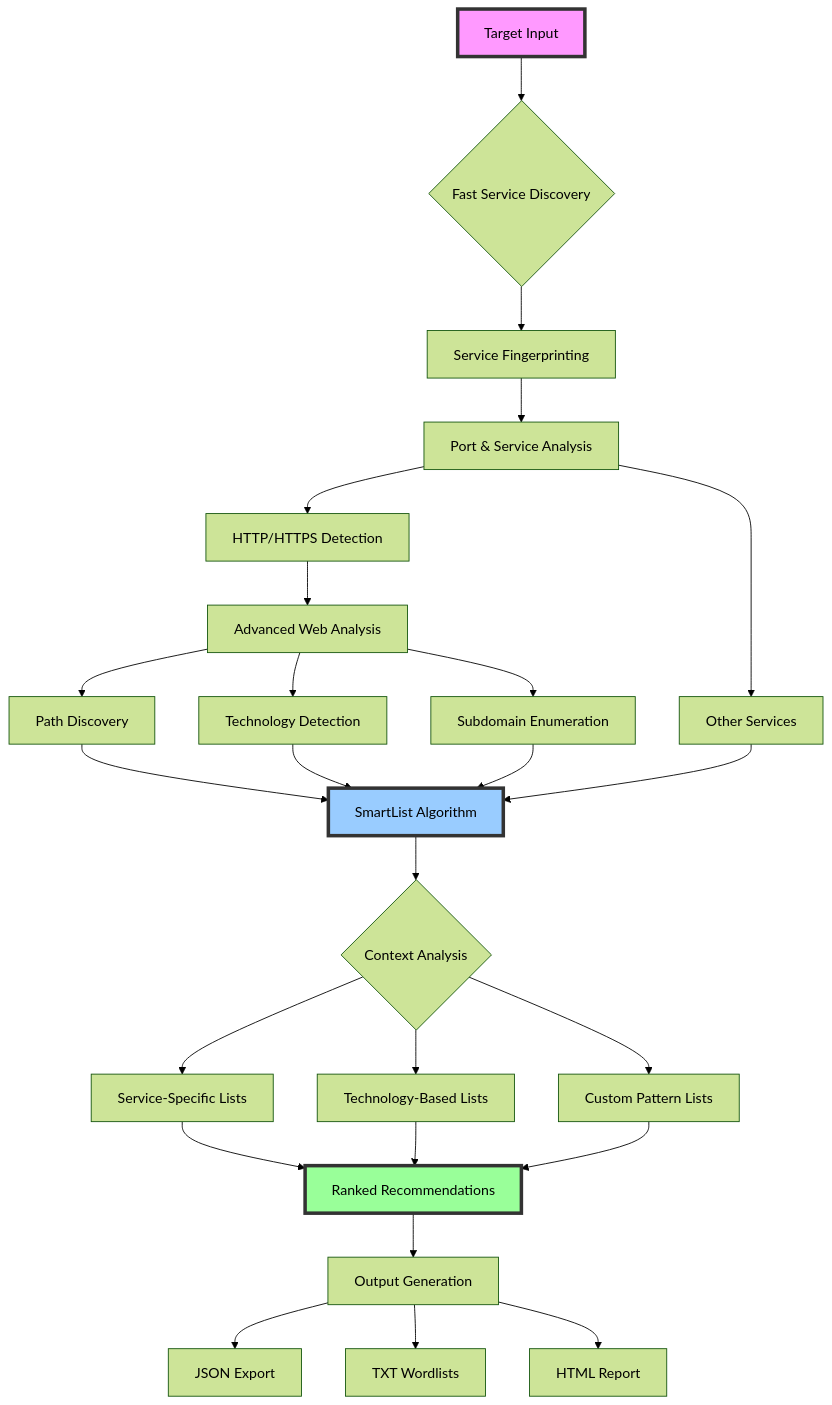
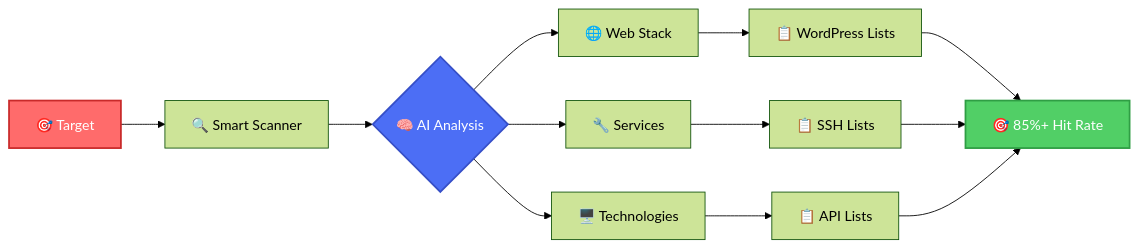
Before and after one commit to neur0map/ipcrawler: the diagram in README.md, drawn with Mermaid (forest theme). The commit also changed other lines of this file, not shown here.

````diff
--- a/README.md
+++ b/README.md
@@ -55,37 +112,18 @@
 ```mermaid
-graph TD
-    A[Target Input] --> B{Fast Service Discovery}
-    B --> C[Service Fingerprinting]
-    C --> D[Port & Service Analysis]
+graph LR
+    A[🎯 Target] --> B[🔍 Smart Scanner]
+    B --> C{🧠 AI Analysis}
+    C --> D[🌐 Web Stack]
+    C --> E[🔧 Services]
+    C --> F[🖥️ Technologies]
+    D --> G[📋 WordPress Lists]
+    E --> H[📋 SSH Lists]
+    F --> I[📋 API Lists]
+    G --> J[🎯 85%+ Hit Rate]
+    H --> J
+    I --> J
     
-    D --> E[HTTP/HTTPS Detection]
-    D --> F[Other Services]
-    
-    E --> G[Advanced Web Analysis]
-    G --> H[Path Discovery]
-    G --> I[Technology Detection]
-    G --> J[Subdomain Enumeration]
-    
-    H --> K[SmartList Algorithm]
-    I --> K
-    J --> K
-    F --> K
-    
-    K --> L{Context Analysis}
-    L --> M[Service-Specific Lists]
-    L --> N[Technology-Based Lists]
-    L --> O[Custom Pattern Lists]
-    
-    M --> P[Ranked Recommendations]
-    N --> P
-    O --> P
-    
-    P --> Q[Output Generation]
-    Q --> R[JSON Export]
-    Q --> S[TXT Wordlists]
-    Q --> T[HTML Report]
-    
-    style A fill:#f9f,stroke:#333,stroke-width:4px
-    style K fill:#9cf,stroke:#333,stroke-width:4px
-    style P fill:#9f9,stroke:#333,stroke-width:4px
+    style A fill:#ff6b6b,stroke:#c92a2a,stroke-width:2px,color:#fff
+    style C fill:#4c6ef5,stroke:#364fc7,stroke-width:2px,color:#fff
+    style J fill:#51cf66,stroke:#2f9e44,stroke-width:2px,color:#fff
 ```
````
